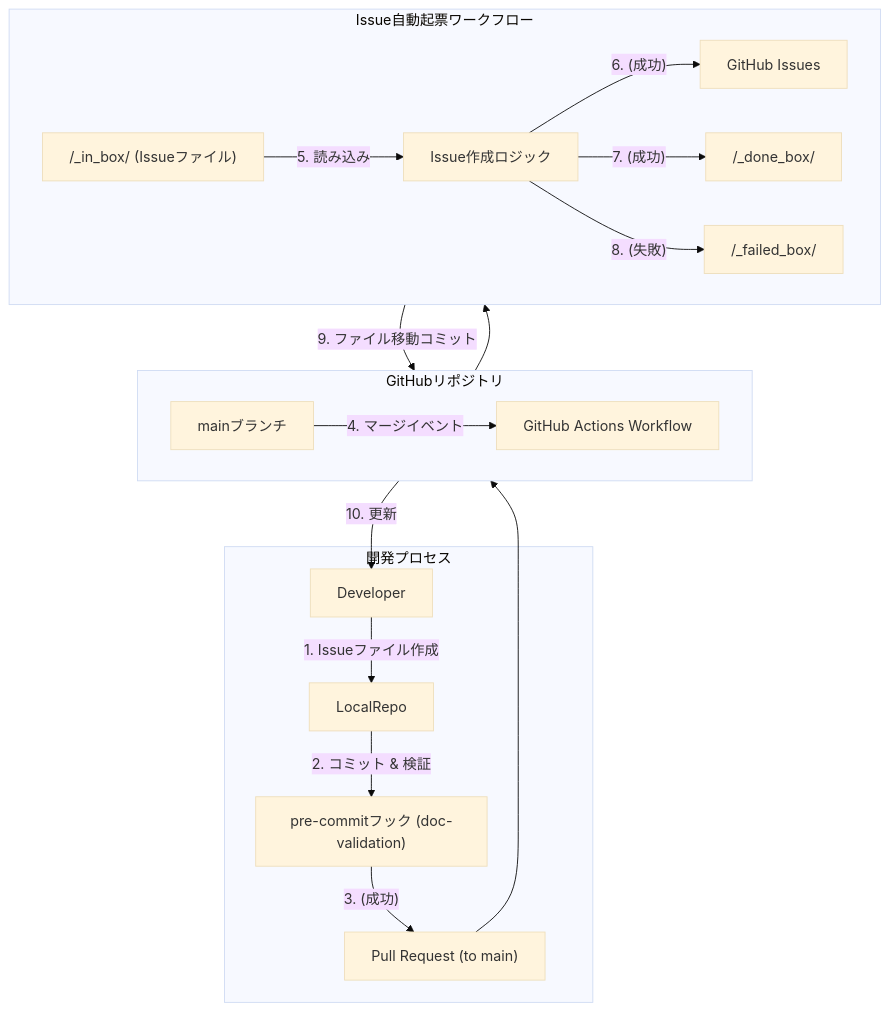
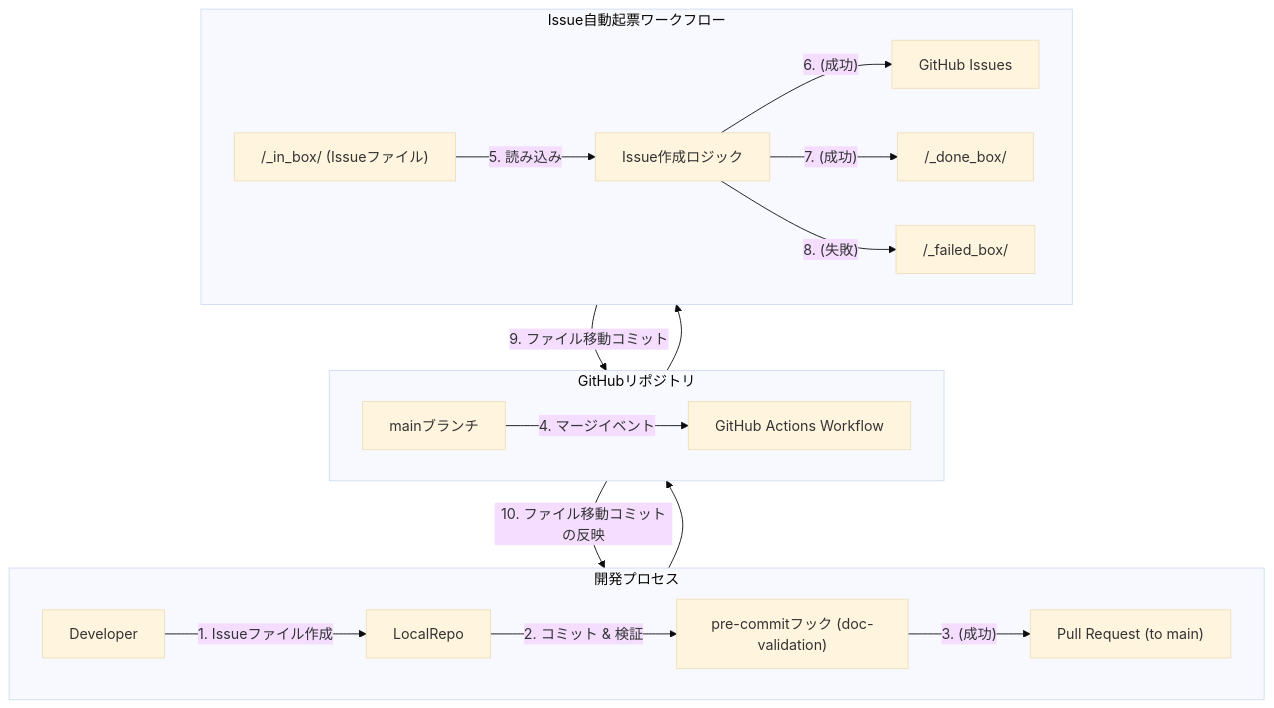
One commit to masa-codehub/github_broker changed the diagram in issue_creator_kit/docs/adr-017-workflow/index.md. Above: the diagram before and after it, drawn with Mermaid (base theme). The commit also changed other lines of this file and 2 other files, not shown here.

````diff
--- a/issue_creator_kit/docs/adr-017-workflow/index.md
+++ b/issue_creator_kit/docs/adr-017-workflow/index.md
@@ -24,26 +24,27 @@
 ```mermaid
 graph TD
     subgraph 開発プロセス
+        direction LR
         Developer -- 1. Issueファイル作成 --> LocalRepo
         LocalRepo -- 2. コミット & 検証 --> Validation["pre-commitフック (doc-validation)"]
         Validation -- 3. (成功) --> PR["Pull Request (to main)"]
     end
 
     subgraph GitHubリポジトリ
         direction LR
         PR --> GitHub_Main["mainブランチ"]
         GitHub_Main -- 4. マージイベント --> GitHubActions_Workflow["GitHub Actions Workflow"]
     end
 
     subgraph Issue自動起票ワークフロー
         direction LR
         GitHubActions_Workflow --> IssueFile_inbox["/_in_box/ (Issueファイル)"]
         IssueFile_inbox -- 5. 読み込み --> IssueCreationLogic["Issue作成ロジック"]
         IssueCreationLogic -- 6. (成功) --> GitHub_Issues["GitHub Issues"]
         IssueCreationLogic -- 7. (成功) --> IssueFile_donebox["/_done_box/"]
         IssueCreationLogic -- 8. (失敗) --> IssueFile_failedbox["/_failed_box/"]
         IssueCreationLogic -- 9. ファイル移動コミット --> GitHub_Main
     end
 
-    GitHub_Main -- 10. 更新 --> Developer
+    GitHub_Main -- 10. ファイル移動コミットの反映 --> Developer
 ```
````
